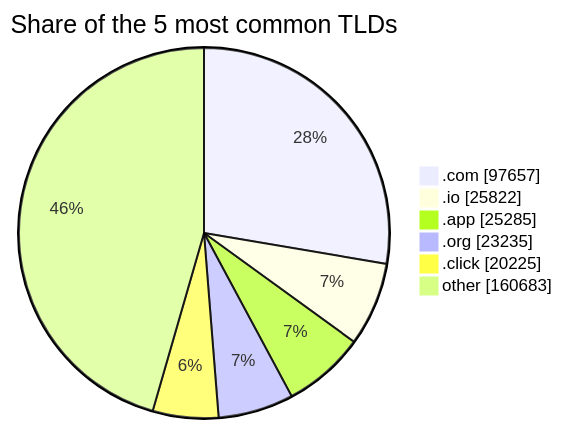
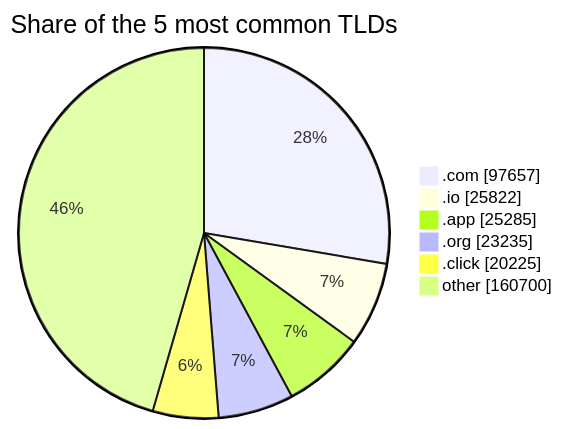
One commit to DNSBunker/CTI changed the third of 3 diagrams in README.md. Above: the diagram before and after it, drawn with Mermaid. The commit also changed other lines of this file and 3 other files, not shown here.

````diff
--- a/README.md
+++ b/README.md
@@ -81,9 +81,9 @@
 ```mermaid
 pie showData title Share of the 5 most common TLDs
     ".com" : 97657
     ".io" : 25822
     ".app" : 25285
     ".org" : 23235
     ".click" : 20225
-    "other" : 160683
+    "other" : 160700
 ```
````
